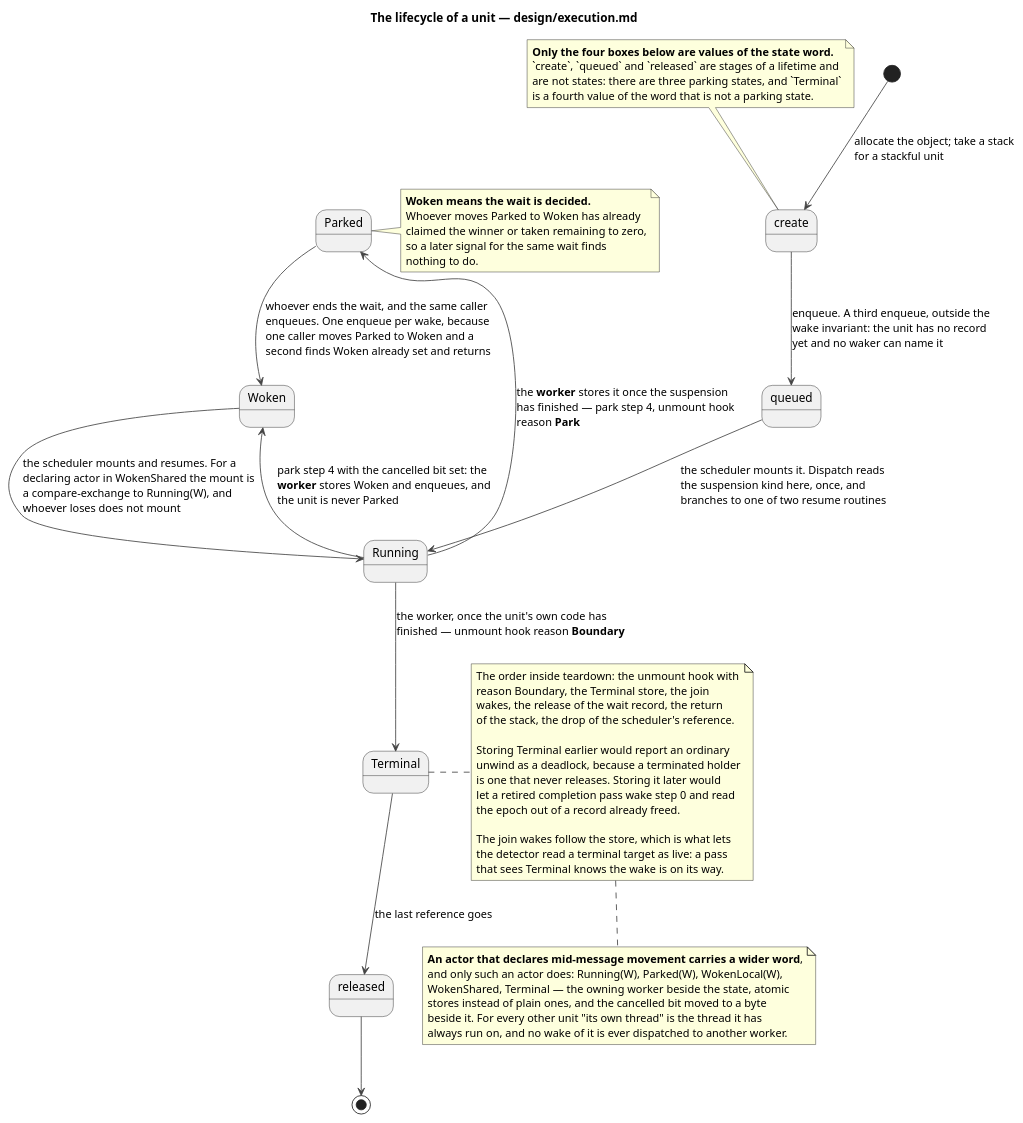
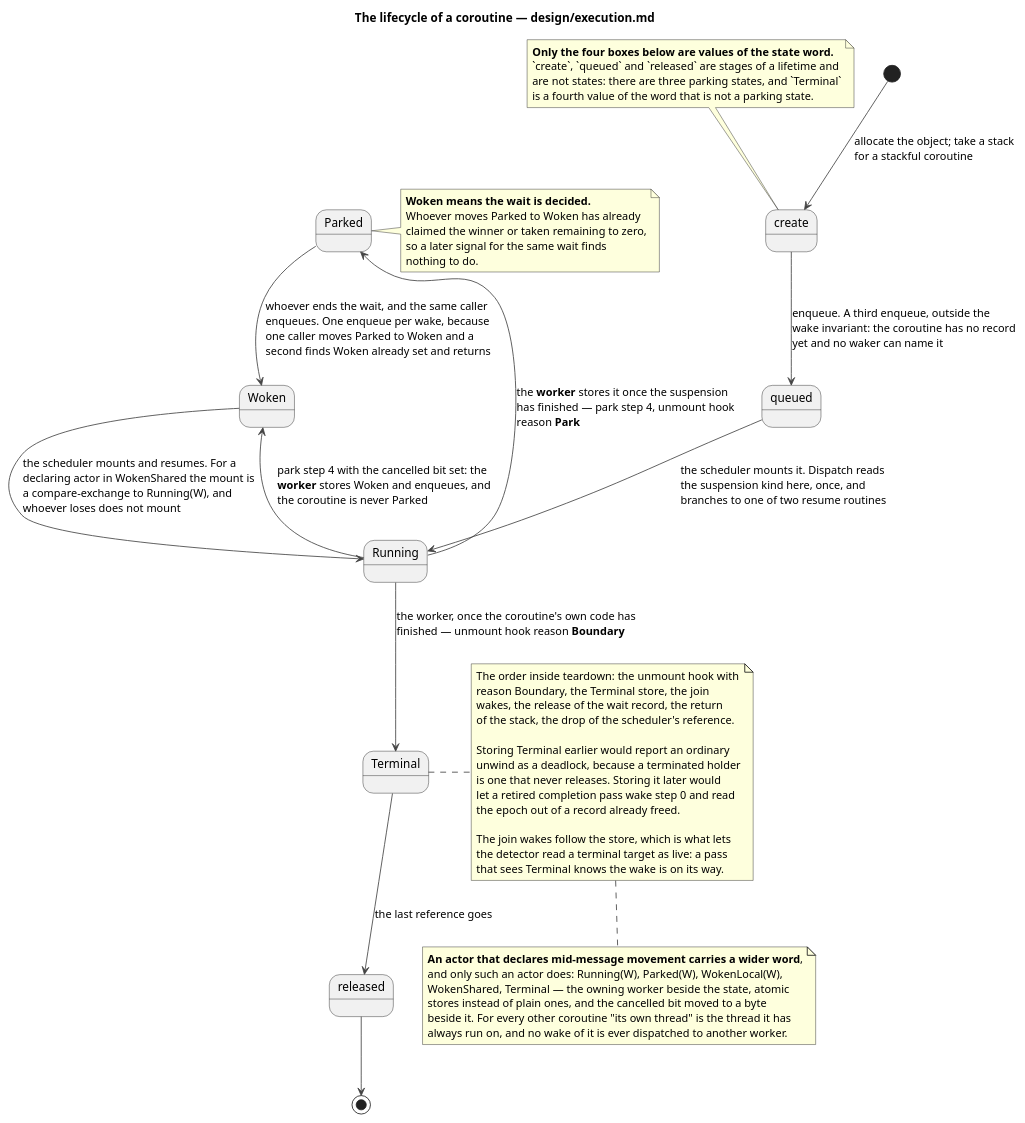
Before and after one commit to limelight-lang/io: the diagram in dev/design/object-lifecycle.puml, drawn with PlantUML. The commit also changed 14 other files, not shown here.

Commit message:
execution: rename the execution unit to the coroutine

```diff
--- a/dev/design/object-lifecycle.puml
+++ b/dev/design/object-lifecycle.puml
@@ -1,72 +1,72 @@
 @startuml object-lifecycle
-title The lifecycle of a unit — design/execution.md
+title The lifecycle of a coroutine — design/execution.md
 
 skinparam defaultTextAlignment left
 skinparam ArrowColor #444444
 
 state "create" as Create
 state "queued" as Queued
 state "released" as Released
 
 note top of Create
   **Only the four boxes below are values of the state word.**
   `create`, `queued` and `released` are stages of a lifetime and
   are not states: there are three parking states, and `Terminal`
   is a fourth value of the word that is not a parking state.
 end note
 
-[*] --> Create : allocate the object; take a stack\nfor a stackful unit
+[*] --> Create : allocate the object; take a stack\nfor a stackful coroutine
 
-Create --> Queued : enqueue. A third enqueue, outside the\nwake invariant: the unit has no record\nyet and no waker can name it
+Create --> Queued : enqueue. A third enqueue, outside the\nwake invariant: the coroutine has no record\nyet and no waker can name it
 
 Queued --> Running : the scheduler mounts it. Dispatch reads\nthe suspension kind here, once, and\nbranches to one of two resume routines
 
 Running --> Parked : the **worker** stores it once the suspension\nhas finished — park step 4, unmount hook\nreason **Park**
 
-Running --> Woken : park step 4 with the cancelled bit set: the\n**worker** stores Woken and enqueues, and\nthe unit is never Parked
+Running --> Woken : park step 4 with the cancelled bit set: the\n**worker** stores Woken and enqueues, and\nthe coroutine is never Parked
 
 Parked --> Woken : whoever ends the wait, and the same caller\nenqueues. One enqueue per wake, because\none caller moves Parked to Woken and a\nsecond finds Woken already set and returns
 
 Woken --> Running : the scheduler mounts and resumes. For a\ndeclaring actor in WokenShared the mount is\na compare-exchange to Running(W), and\nwhoever loses does not mount
 
-Running --> Terminal : the worker, once the unit's own code has\nfinished — unmount hook reason **Boundary**
+Running --> Terminal : the worker, once the coroutine's own code has\nfinished — unmount hook reason **Boundary**
 
 Terminal --> Released : the last reference goes
 
 Released --> [*]
 
 note right of Parked
   **Woken means the wait is decided.**
   Whoever moves Parked to Woken has already
   claimed the winner or taken remaining to zero,
   so a later signal for the same wait finds
   nothing to do.
 end note
 
 note right of Terminal
   The order inside teardown: the unmount hook with
   reason Boundary, the Terminal store, the join
   wakes, the release of the wait record, the return
   of the stack, the drop of the scheduler's reference.
 
   Storing Terminal earlier would report an ordinary
   unwind as a deadlock, because a terminated holder
   is one that never releases. Storing it later would
   let a retired completion pass wake step 0 and read
   the epoch out of a record already freed.
 
   The join wakes follow the store, which is what lets
   the detector read a terminal target as live: a pass
   that sees Terminal knows the wake is on its way.
 end note
 
 note bottom
   **An actor that declares mid-message movement carries a wider word**,
   and only such an actor does: Running(W), Parked(W), WokenLocal(W),
   WokenShared, Terminal — the owning worker beside the state, atomic
   stores instead of plain ones, and the cancelled bit moved to a byte
-  beside it. For every other unit "its own thread" is the thread it has
+  beside it. For every other coroutine "its own thread" is the thread it has
   always run on, and no wake of it is ever dispatched to another worker.
 end note
 
 @enduml
```
